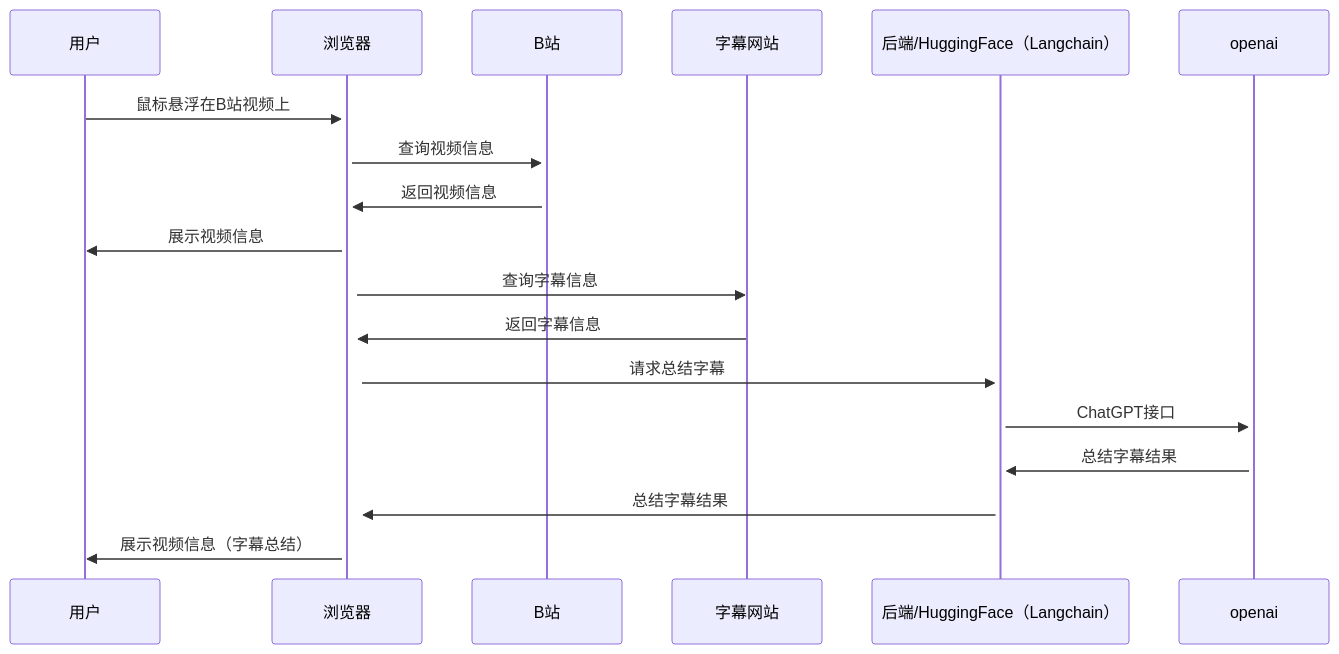
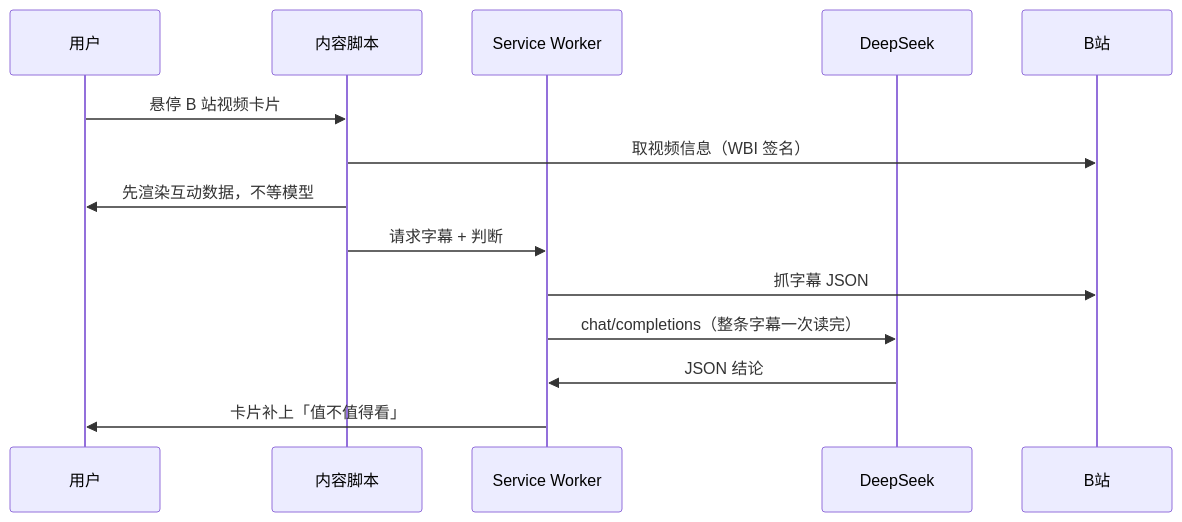
The diagram in README.md (2951121599/Bili-Insight), drawn with Mermaid before and after one commit. The commit also changed other lines of this file and 17 other files, not shown here.

First line of the commit message:
feat: 迁移到 DeepSeek V4.1-Flash，卡片直接给「值不值得看」的结论

````diff
--- a/README.md
+++ b/README.md
@@ -28,18 +47,16 @@
 ```mermaid
 sequenceDiagram
     participant 用户
-    participant 浏览器
-    participant B站
+    participant 内容脚本
+    participant Service Worker
+    participant DeepSeek
 
-    用户->>+浏览器: 鼠标悬浮在B站视频上
-    浏览器->>+B站: 查询视频信息
-    B站->>+浏览器: 返回视频信息
-    浏览器->>用户: 展示视频信息
-    浏览器->>字幕网站: 查询字幕信息
-    字幕网站->>+浏览器: 返回字幕信息
-    浏览器->>+后端/HuggingFace（Langchain）: 请求总结字幕
-    后端/HuggingFace（Langchain）->>+openai: ChatGPT接口
-    openai->>+后端/HuggingFace（Langchain）: 总结字幕结果
-    后端/HuggingFace（Langchain）->>+浏览器: 总结字幕结果
-    浏览器->>用户: 展示视频信息（字幕总结）
+    用户->>内容脚本: 悬停 B 站视频卡片
+    内容脚本->>B站: 取视频信息（WBI 签名）
+    内容脚本->>用户: 先渲染互动数据，不等模型
+    内容脚本->>Service Worker: 请求字幕 + 判断
+    Service Worker->>B站: 抓字幕 JSON
+    Service Worker->>DeepSeek: chat/completions（整条字幕一次读完）
+    DeepSeek->>Service Worker: JSON 结论
+    Service Worker->>用户: 卡片补上「值不值得看」
 ```
````
